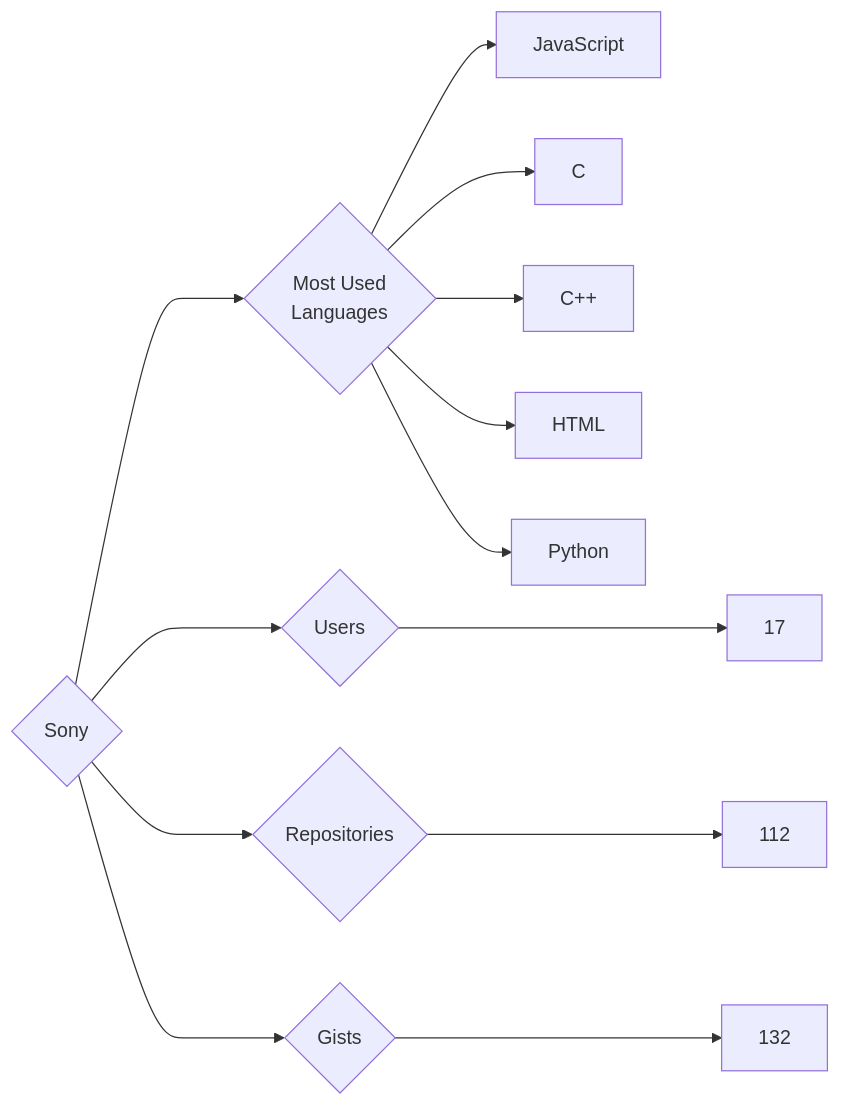
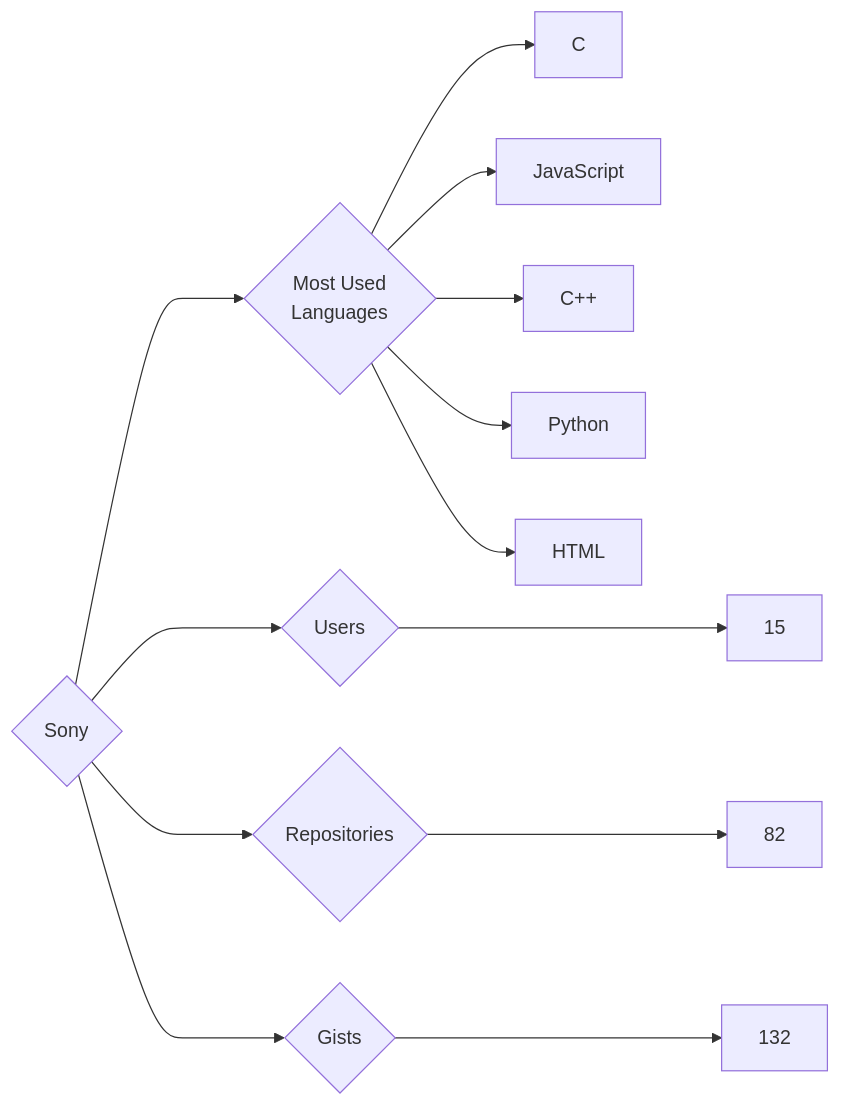
Before and after one commit to trickest/insiders: the diagram in targets/Sony/README.md, drawn with Mermaid. The commit also changed 870 other files, not shown here.

````diff
--- a/targets/Sony/README.md
+++ b/targets/Sony/README.md
@@ -3,13 +3,13 @@
 ```mermaid
 graph LR
 COMPANY_NAME{Sony}
-COMPANY_NAME ---> U{Users} ---> UN[17]
-COMPANY_NAME ---> R{Repositories} ---> RN[112]
+COMPANY_NAME ---> U{Users} ---> UN[15]
+COMPANY_NAME ---> R{Repositories} ---> RN[82]
 COMPANY_NAME ---> G{Gists} ---> GN[132]
 COMPANY_NAME ---> ML{Most Used<br>Languages}
+ML --> C[C]
 ML --> JavaScript[JavaScript]
-ML --> C[C]
 ML --> C++[C++]
+ML --> Python[Python]
 ML --> HTML[HTML]
-ML --> Python[Python]
 ```
````
